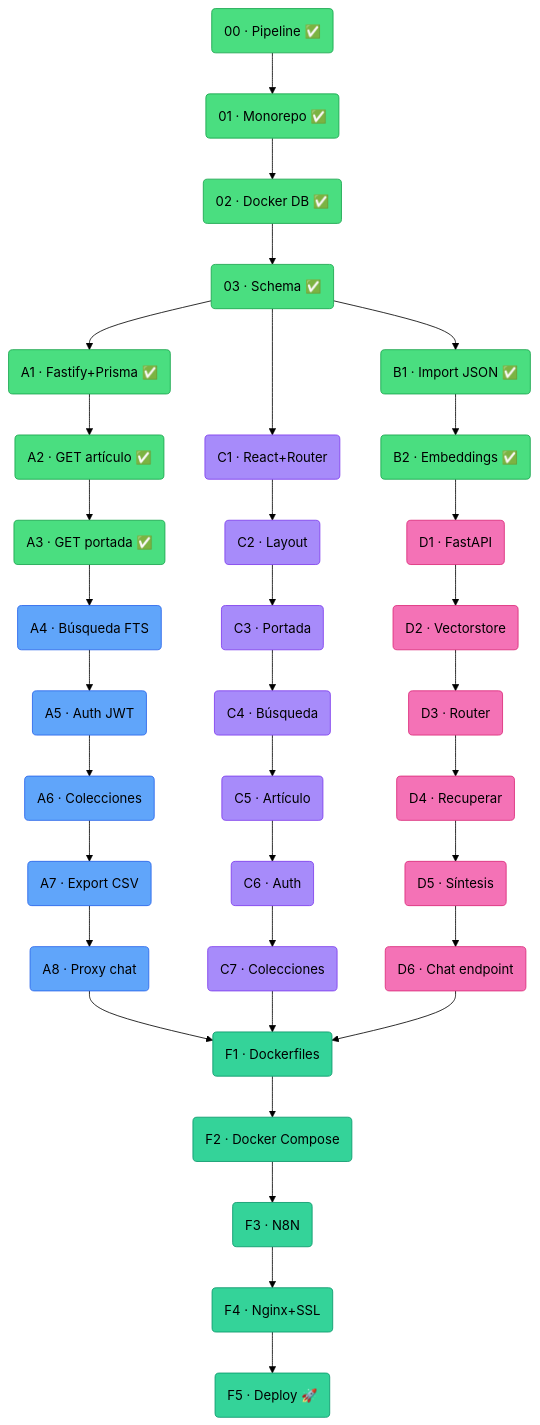
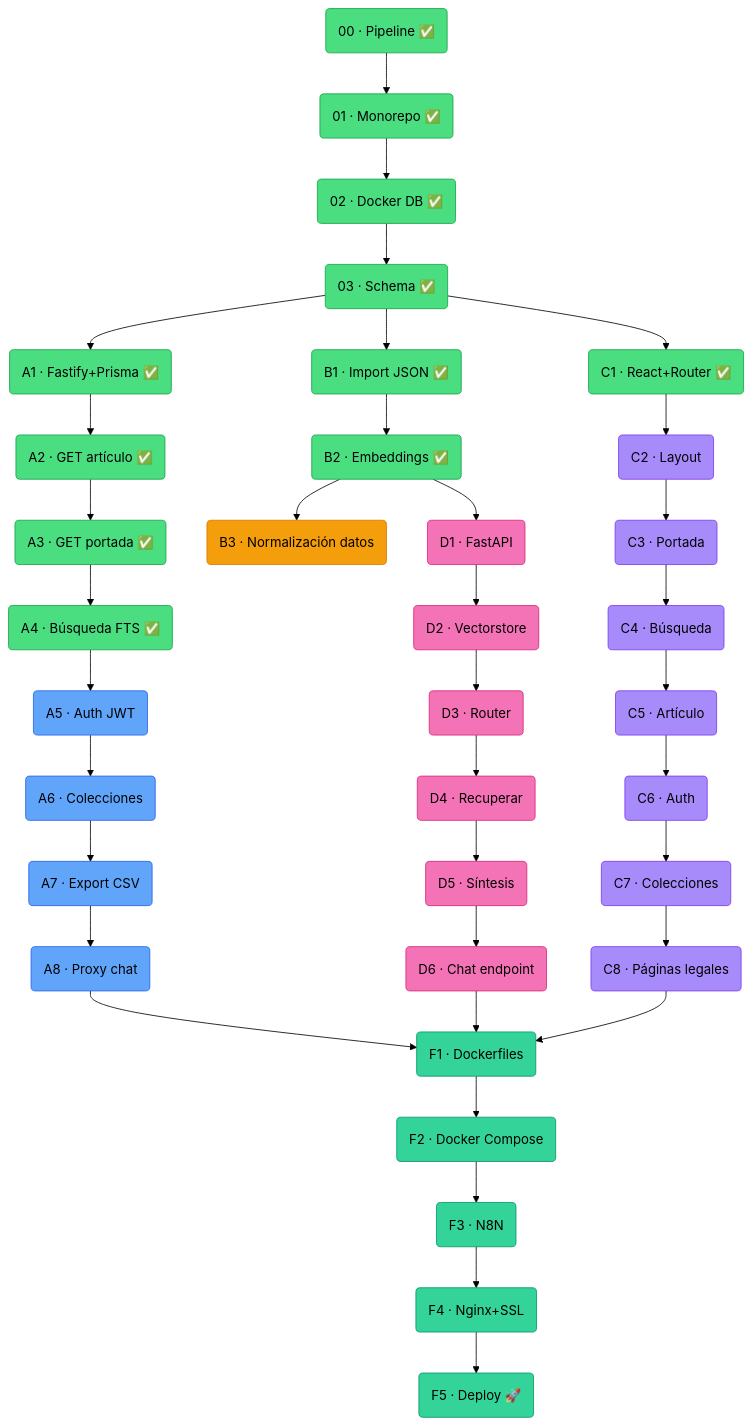
One commit to Daniel-kripta/Proyecto_Final_Full_Stack_-_Sansofe_WebApp changed the diagram in README.md. Above: the diagram before and after it, drawn with Mermaid (forest theme). The commit also changed other lines of this file and 42 other files, not shown here.

````diff
--- a/README.md
+++ b/README.md
@@ -173,51 +173,53 @@
 ```mermaid
 graph TD
     P00("00 · Pipeline ✅"):::done --> P01("01 · Monorepo ✅"):::done
     P01 --> P02("02 · Docker DB ✅"):::done
     P02 --> P03("03 · Schema ✅"):::done
 
     P03 --> A1("A1 · Fastify+Prisma ✅"):::done
     P03 --> B1("B1 · Import JSON ✅"):::done
-    P03 --> C1("C1 · React+Router"):::frontend
+    P03 --> C1("C1 · React+Router ✅"):::done
 
     A1 --> A2("A2 · GET artículo ✅"):::done
     A2 --> A3("A3 · GET portada ✅"):::done
-    A3 --> A4("A4 · Búsqueda FTS"):::backend
+    A3 --> A4("A4 · Búsqueda FTS ✅"):::done
     A4 --> A5("A5 · Auth JWT"):::backend
     A5 --> A6("A6 · Colecciones"):::backend
     A6 --> A7("A7 · Export CSV"):::backend
     A7 --> A8("A8 · Proxy chat"):::backend
 
     B1 --> B2("B2 · Embeddings ✅"):::done
+    B2 --> B3("B3 · Normalización datos"):::data
 
     C1 --> C2("C2 · Layout"):::frontend
     C2 --> C3("C3 · Portada"):::frontend
     C3 --> C4("C4 · Búsqueda"):::frontend
     C4 --> C5("C5 · Artículo"):::frontend
     C5 --> C6("C6 · Auth"):::frontend
     C6 --> C7("C7 · Colecciones"):::frontend
+    C7 --> C8("C8 · Páginas legales"):::frontend
 
     B2 --> D1("D1 · FastAPI"):::ai
     D1 --> D2("D2 · Vectorstore"):::ai
     D2 --> D3("D3 · Router"):::ai
     D3 --> D4("D4 · Recuperar"):::ai
     D4 --> D5("D5 · Síntesis"):::ai
     D5 --> D6("D6 · Chat endpoint"):::ai
 
     A8 --> F1("F1 · Dockerfiles"):::deploy
-    C7 --> F1
+    C8 --> F1
     D6 --> F1
 
     F1 --> F2("F2 · Docker Compose"):::deploy
     F2 --> F3("F3 · N8N"):::deploy
     F3 --> F4("F4 · Nginx+SSL"):::deploy
     F4 --> F5("F5 · Deploy 🚀"):::deploy
 
     classDef done fill:#4ade80,stroke:#16a34a,color:#000
     classDef setup fill:#94a3b8,stroke:#475569,color:#000
     classDef backend fill:#60a5fa,stroke:#2563eb,color:#000
     classDef data fill:#f59e0b,stroke:#d97706,color:#000
     classDef frontend fill:#a78bfa,stroke:#7c3aed,color:#000
     classDef ai fill:#f472b6,stroke:#db2777,color:#000
     classDef deploy fill:#34d399,stroke:#059669,color:#000
 ```
````
